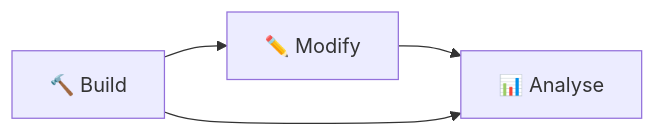
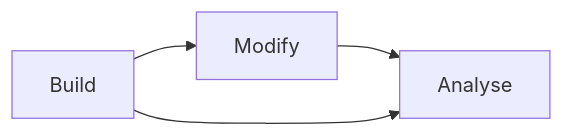
One commit to Heezch/mdna changed the diagram in docs/guide/overview.md. Above: the diagram before and after it, drawn with Mermaid. The commit also changed 26 other files, not shown here.

````diff
--- a/docs/guide/overview.md
+++ b/docs/guide/overview.md
@@ -6,5 +6,5 @@
 ```mermaid
 graph LR
-    B[🔨 Build] --> M[✏️ Modify] --> A[📊 Analyse]
+    B[Build] --> M[Modify] --> A[Analyse]
     B --> A
 ```
````
